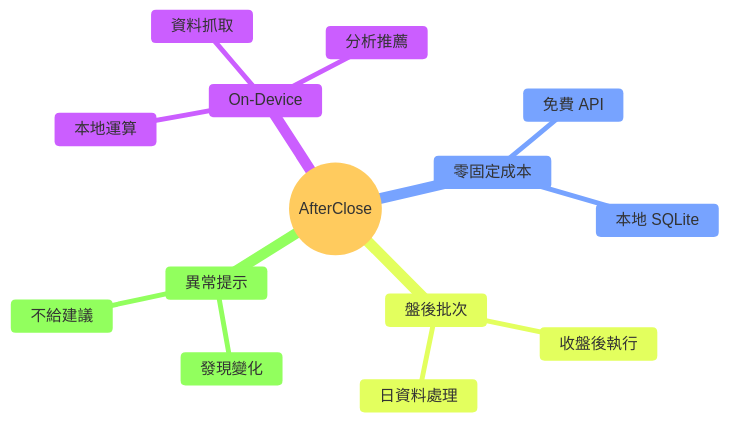
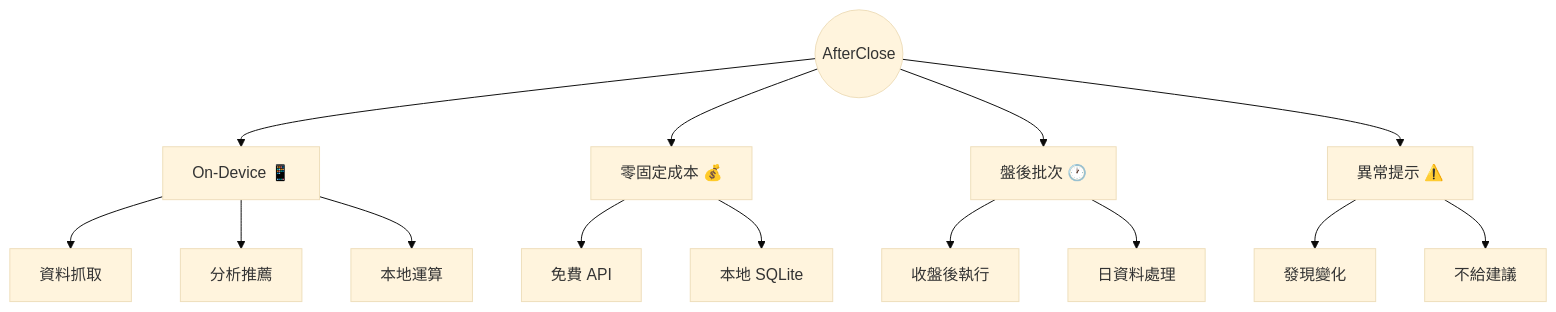
The first of 4 diagrams in README.md (Neal75418/afterclose), drawn with Mermaid (base theme) before and after one commit. The commit also changed 1 other file, not shown here.

Commit message:
docs(README/CLAUDE): 更新 Mermaid 圖表為 Flowchart 模式
- 調整 README.md 與 CLAUDE.md 中的思維導圖至 Flowchart 格式
- 新增圖標改善核心原則與技術特點的可視化效果
- 提升圖表對結構邏輯與重點訊息的表達清晰度

此更新優化專案文檔的可讀性，確保與視覺設計的一致性。

````diff
--- a/README.md
+++ b/README.md
@@ -12,17 +12,22 @@
 ```mermaid
-mindmap
-  root((AfterClose))
-    On-Device
-      資料抓取
-      分析推薦
-      本地運算
-    零固定成本
-      免費 API
-      本地 SQLite
-    盤後批次
-      收盤後執行
-      日資料處理
-    異常提示
-      發現變化
-      不給建議
+flowchart TB
+    AC((AfterClose))
+
+    AC --> OD["On-Device 📱"]
+    AC --> ZC["零固定成本 💰"]
+    AC --> BP["盤後批次 🕐"]
+    AC --> YC["異常提示 ⚠️"]
+
+    OD --> OD1[資料抓取]
+    OD --> OD2[分析推薦]
+    OD --> OD3[本地運算]
+
+    ZC --> ZC1[免費 API]
+    ZC --> ZC2[本地 SQLite]
+
+    BP --> BP1[收盤後執行]
+    BP --> BP2[日資料處理]
+
+    YC --> YC1[發現變化]
+    YC --> YC2[不給建議]
 ```
````
